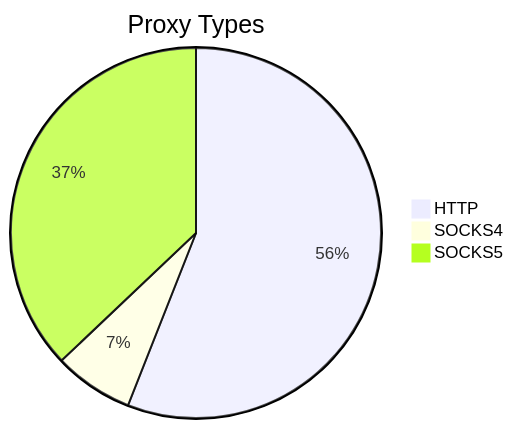
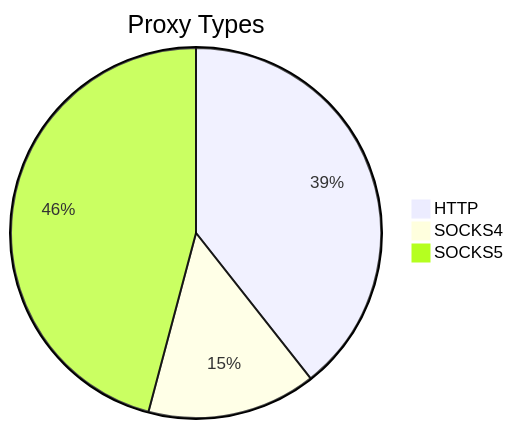
The first of 2 diagrams in README.md (stormsia/proxy-list), drawn with Mermaid before and after one commit. The commit also changed other lines of this file, not shown here.

````diff
--- a/README.md
+++ b/README.md
@@ -21,6 +21,6 @@
 ```mermaid
 pie title Proxy Types
-    "HTTP" : 234
-    "SOCKS4" : 29
-    "SOCKS5" : 155
+    "HTTP" : 176
+    "SOCKS4" : 66
+    "SOCKS5" : 205
 ```
````
